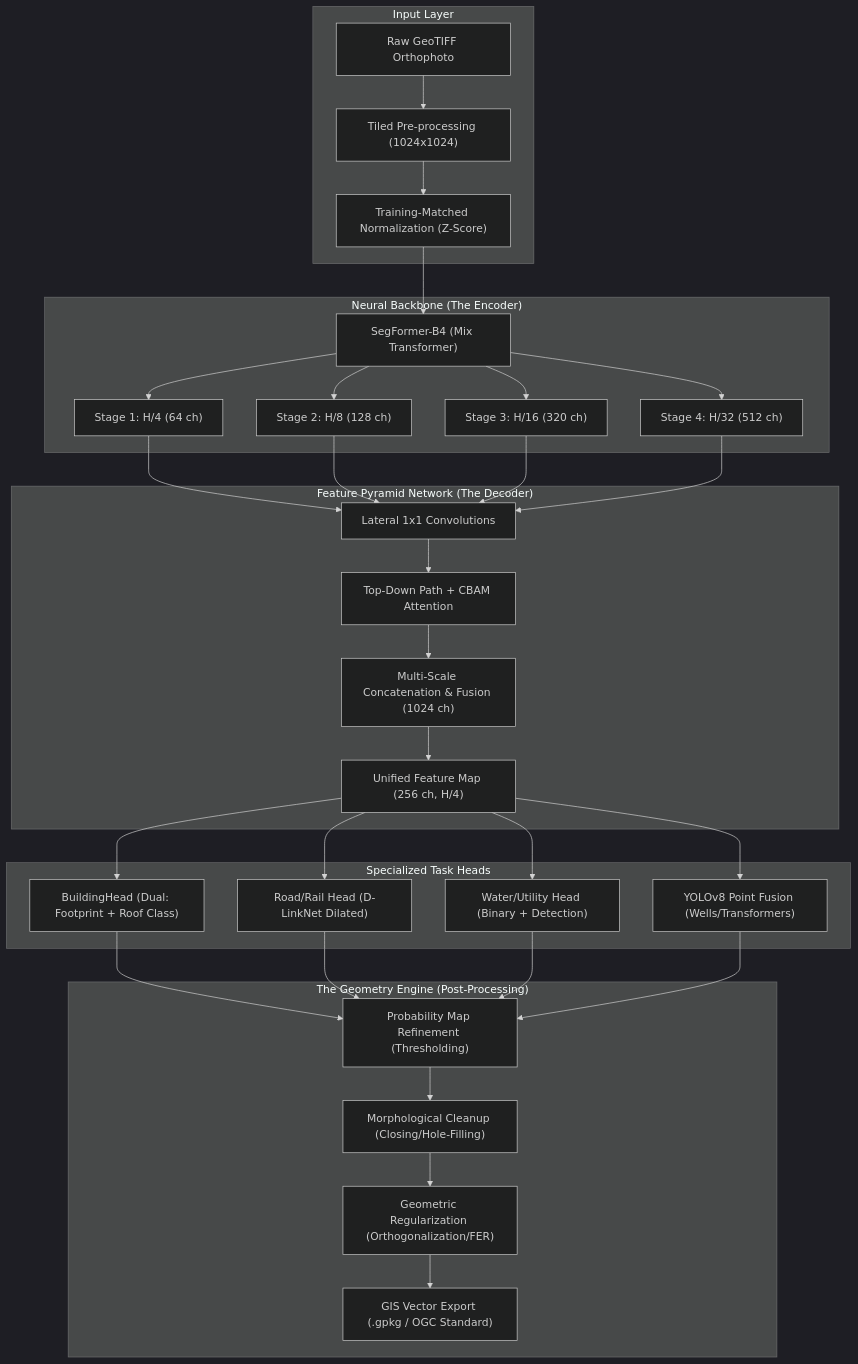
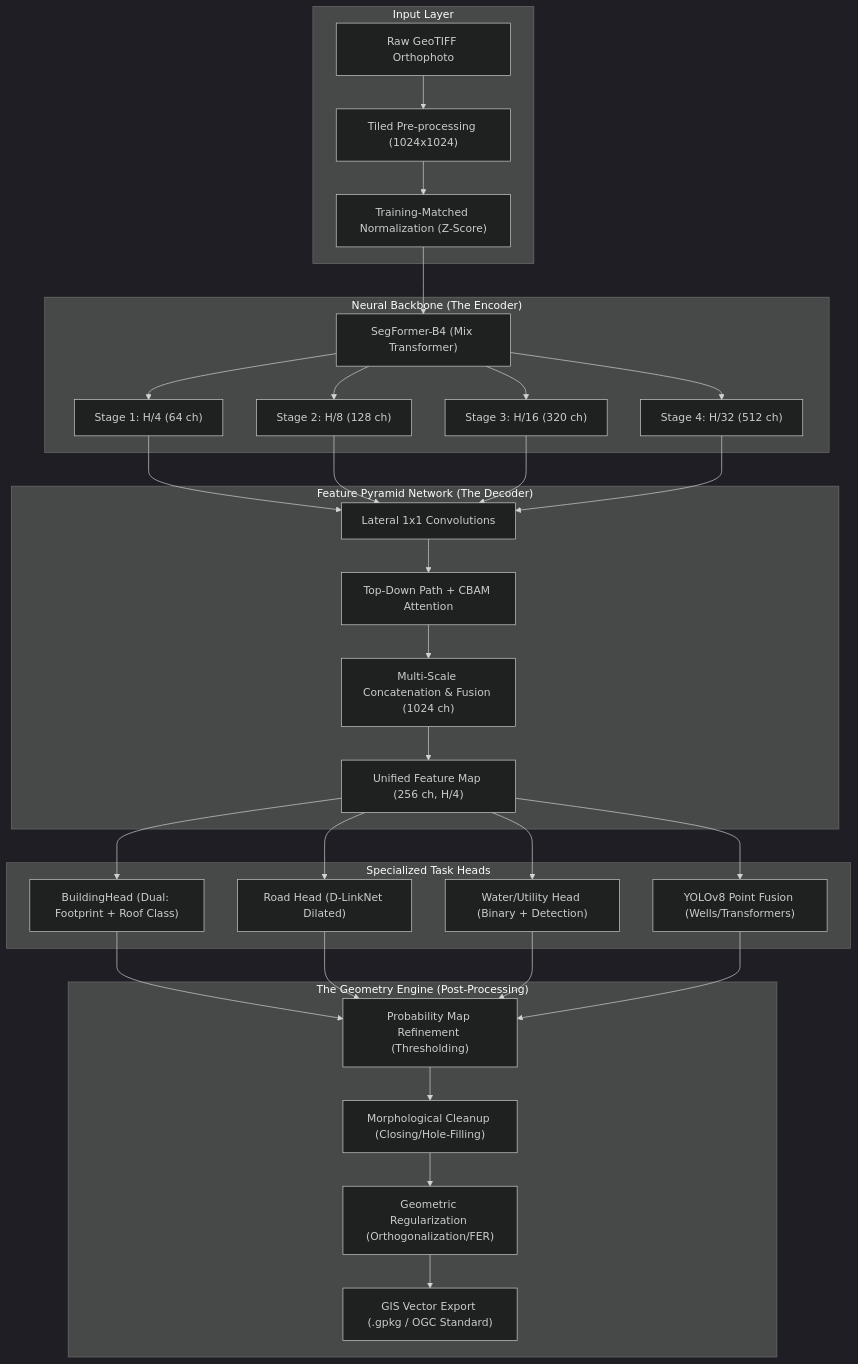
One commit to aaron43210/DUK_GIS_FEATURE_EXTRACTION_MODEL changed the diagram in architecture.md. Above: the diagram before and after it, drawn with Mermaid (dark theme). The commit also changed 24 other files, not shown here.

````diff
--- a/architecture.md
+++ b/architecture.md
@@ -9,36 +9,36 @@
 ```mermaid
 graph TD
     subgraph "Input Layer"
         A["Raw GeoTIFF Orthophoto"] --> B["Tiled Pre-processing (1024x1024)"]
         B --> C["Training-Matched Normalization (Z-Score)"]
     end
 
     subgraph "Neural Backbone (The Encoder)"
         C --> D["SegFormer-B4 (Mix Transformer)"]
         D --> D1["Stage 1: H/4 (64 ch)"]
         D --> D2["Stage 2: H/8 (128 ch)"]
         D --> D3["Stage 3: H/16 (320 ch)"]
         D --> D4["Stage 4: H/32 (512 ch)"]
     end
 
     subgraph "Feature Pyramid Network (The Decoder)"
         D1 & D2 & D3 & D4 --> E["Lateral 1x1 Convolutions"]
         E --> F["Top-Down Path + CBAM Attention"]
         F --> G["Multi-Scale Concatenation & Fusion (1024 ch)"]
         G --> H["Unified Feature Map (256 ch, H/4)"]
     end
 
     subgraph "Specialized Task Heads"
         H --> I["BuildingHead (Dual: Footprint + Roof Class)"]
-        H --> J["Road/Rail Head (D-LinkNet Dilated)"]
+        H --> J["Road Head (D-LinkNet Dilated)"]
         H --> K["Water/Utility Head (Binary + Detection)"]
         H --> L["YOLOv8 Point Fusion (Wells/Transformers)"]
     end
 
     subgraph "The Geometry Engine (Post-Processing)"
         I & J & K & L --> M["Probability Map Refinement (Thresholding)"]
         M --> N["Morphological Cleanup (Closing/Hole-Filling)"]
         N --> O["Geometric Regularization (Orthogonalization/FER)"]
         O --> P["GIS Vector Export (.gpkg / OGC Standard)"]
     end
 ```
````
